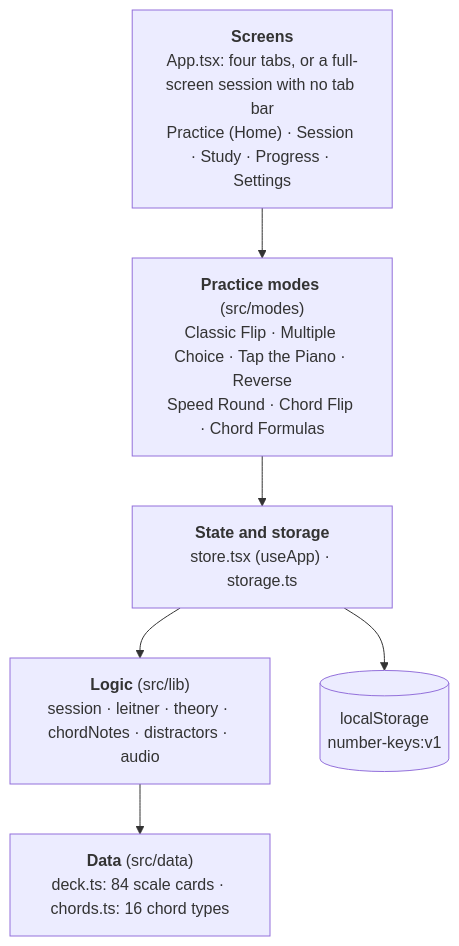
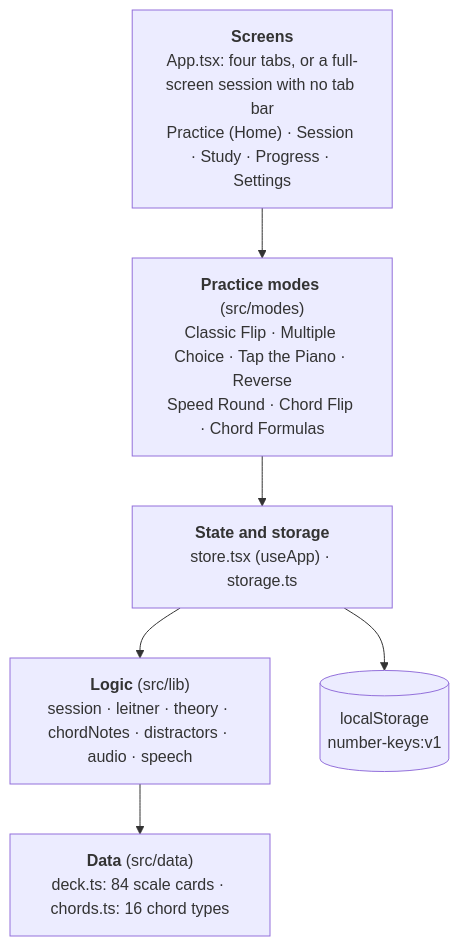
The diagram in docs/PROJECT.md (fcasonjr/number-keys), drawn with Mermaid before and after one commit. The commit also changed other lines of this file and 19 other files, not shown here.

````diff
--- a/docs/PROJECT.md
+++ b/docs/PROJECT.md
@@ -62,11 +62,11 @@
 ```mermaid
 flowchart TD
     S["<b>Screens</b><br/>App.tsx: four tabs, or a full-screen session with no tab bar<br/>Practice (Home) · Session · Study · Progress · Settings"]
     M["<b>Practice modes</b> (src/modes)<br/>Classic Flip · Multiple Choice · Tap the Piano · Reverse<br/>Speed Round · Chord Flip · Chord Formulas"]
     T["<b>State and storage</b><br/>store.tsx (useApp) · storage.ts"]
-    L["<b>Logic</b> (src/lib)<br/>session · leitner · theory · chordNotes · distractors · audio"]
+    L["<b>Logic</b> (src/lib)<br/>session · leitner · theory · chordNotes · distractors · audio · speech"]
     D["<b>Data</b> (src/data)<br/>deck.ts: 84 scale cards · chords.ts: 16 chord types"]
     LS[("localStorage<br/>number-keys:v1")]
     S --> M --> T --> L --> D
     T --> LS
 ```
````
